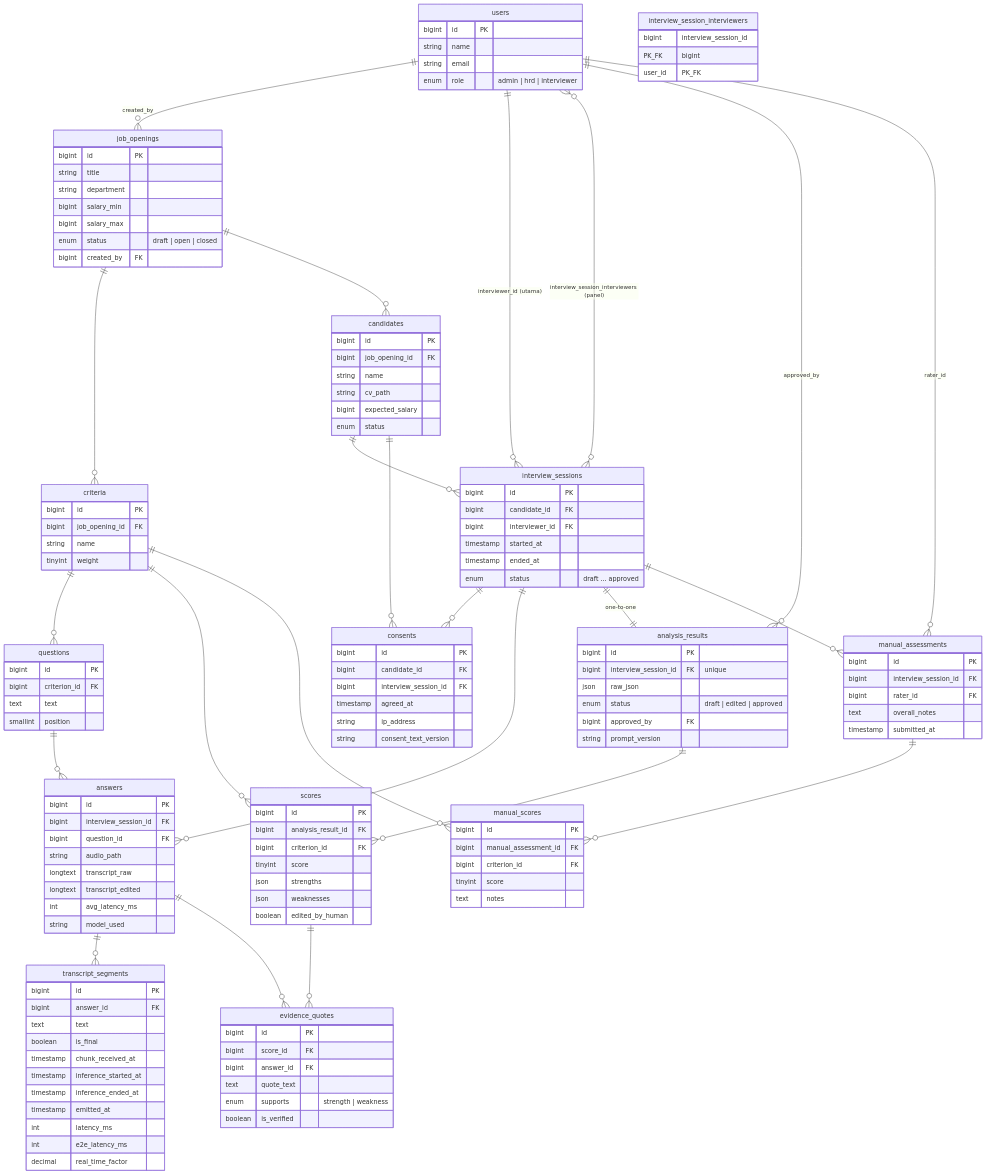
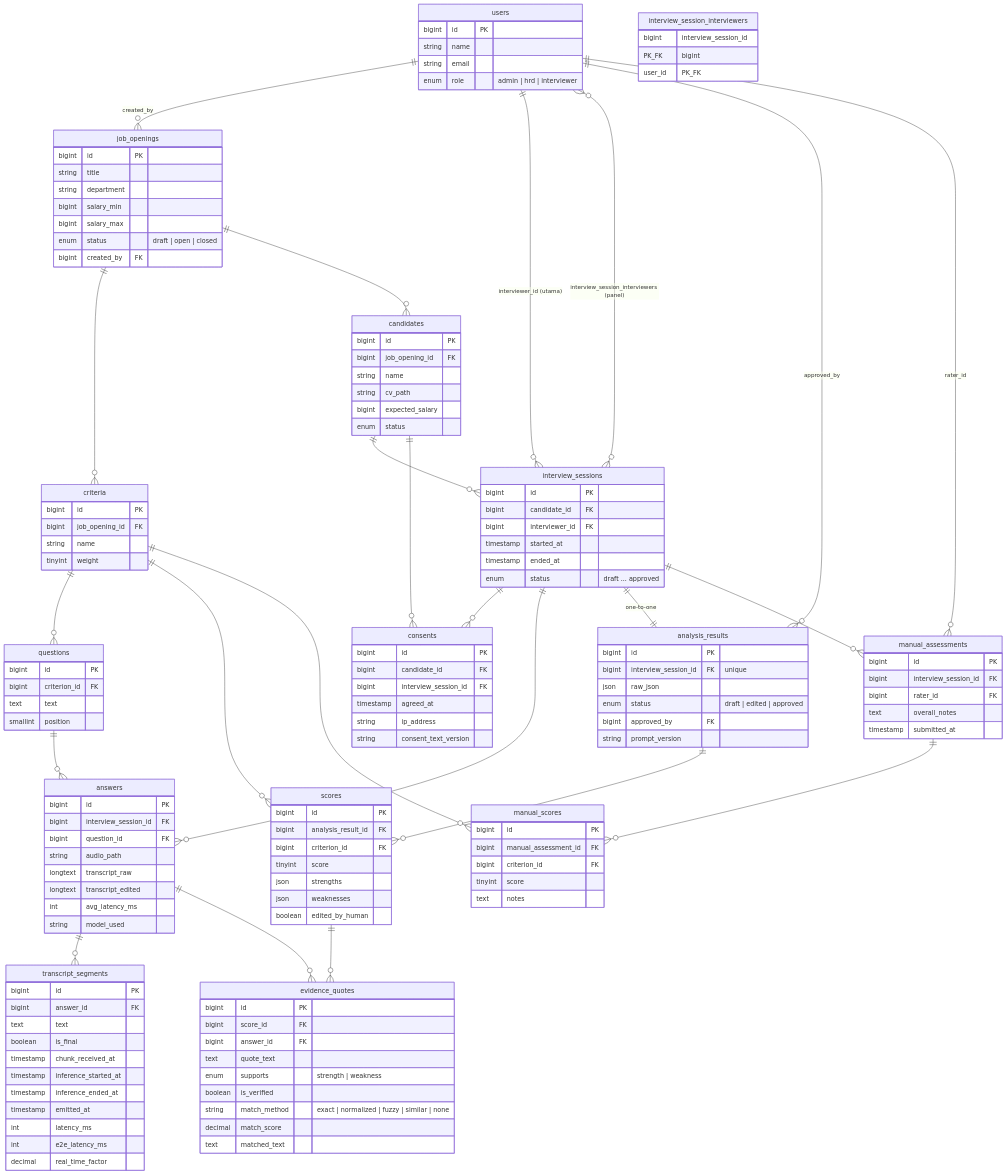
The diagram in docs/web-programming/erd.md (MichLoverz/hrd-speech-web-final-project), drawn with Mermaid before and after one commit. The commit also changed 5 other files, not shown here.

Commit message:
docs: ADR-008 embeddings and quote verification, 2026-10-03 devlog, sanity-check log, AI log row 21, ERD

```diff
--- a/docs/web-programming/erd.md
+++ b/docs/web-programming/erd.md
@@ -134,6 +134,9 @@
         text quote_text
         enum supports "strength | weakness"
         boolean is_verified
+        string match_method "exact | normalized | fuzzy | similar | none"
+        decimal match_score
+        text matched_text
     }
     manual_assessments {
         bigint id PK
```
